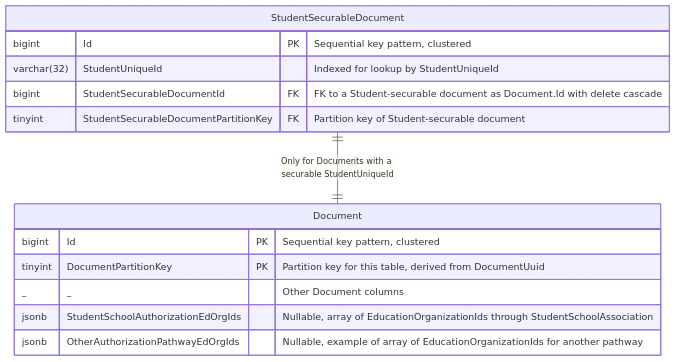
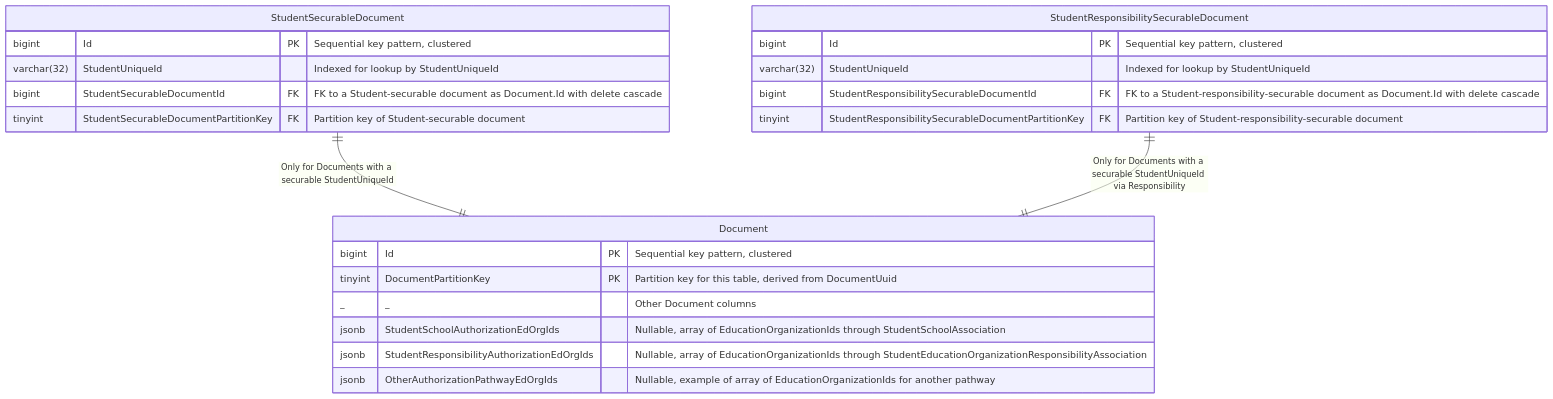
Before and after one commit to Ed-Fi-Alliance-OSS/Project-Tanager: the third of 3 diagrams in docs/DMS/AUTHORIZATION/DOCUMENT-AUTHORIZATION/STUDENT-EDORG-AUTHORIZATION.md, drawn with Mermaid. The commit also changed other lines of this file, not shown here.

Commit message:
Add StudentEducationOrganizationResponsibilityAuthorization pathway documentation

````diff
--- a/docs/DMS/AUTHORIZATION/DOCUMENT-AUTHORIZATION/STUDENT-EDORG-AUTHORIZATION.md
+++ b/docs/DMS/AUTHORIZATION/DOCUMENT-AUTHORIZATION/STUDENT-EDORG-AUTHORIZATION.md
@@ -58,18 +85,26 @@
 ```mermaid
 erDiagram
     StudentSecurableDocument ||--|| Document : "Only for Documents with a securable StudentUniqueId"
+    StudentResponsibilitySecurableDocument ||--|| Document : "Only for Documents with a securable StudentUniqueId via Responsibility"
 
     Document {
         bigint Id PK "Sequential key pattern, clustered"
         tinyint DocumentPartitionKey PK "Partition key for this table, derived from DocumentUuid"
         _ _ "Other Document columns"
         jsonb StudentSchoolAuthorizationEdOrgIds "Nullable, array of EducationOrganizationIds through StudentSchoolAssociation"
+        jsonb StudentResponsibilityAuthorizationEdOrgIds "Nullable, array of EducationOrganizationIds through StudentEducationOrganizationResponsibilityAssociation"
         jsonb OtherAuthorizationPathwayEdOrgIds "Nullable, example of array of EducationOrganizationIds for another pathway"
     }
     StudentSecurableDocument {
         bigint Id PK "Sequential key pattern, clustered"
         varchar(32) StudentUniqueId "Indexed for lookup by StudentUniqueId"
         bigint StudentSecurableDocumentId FK "FK to a Student-securable document as Document.Id with delete cascade"
         tinyint StudentSecurableDocumentPartitionKey FK "Partition key of Student-securable document"
     }
+    StudentResponsibilitySecurableDocument {
+        bigint Id PK "Sequential key pattern, clustered"
+        varchar(32) StudentUniqueId "Indexed for lookup by StudentUniqueId"
+        bigint StudentResponsibilitySecurableDocumentId FK "FK to a Student-responsibility-securable document as Document.Id with delete cascade"
+        tinyint StudentResponsibilitySecurableDocumentPartitionKey FK "Partition key of Student-responsibility-securable document"
+    }
 ```
````
